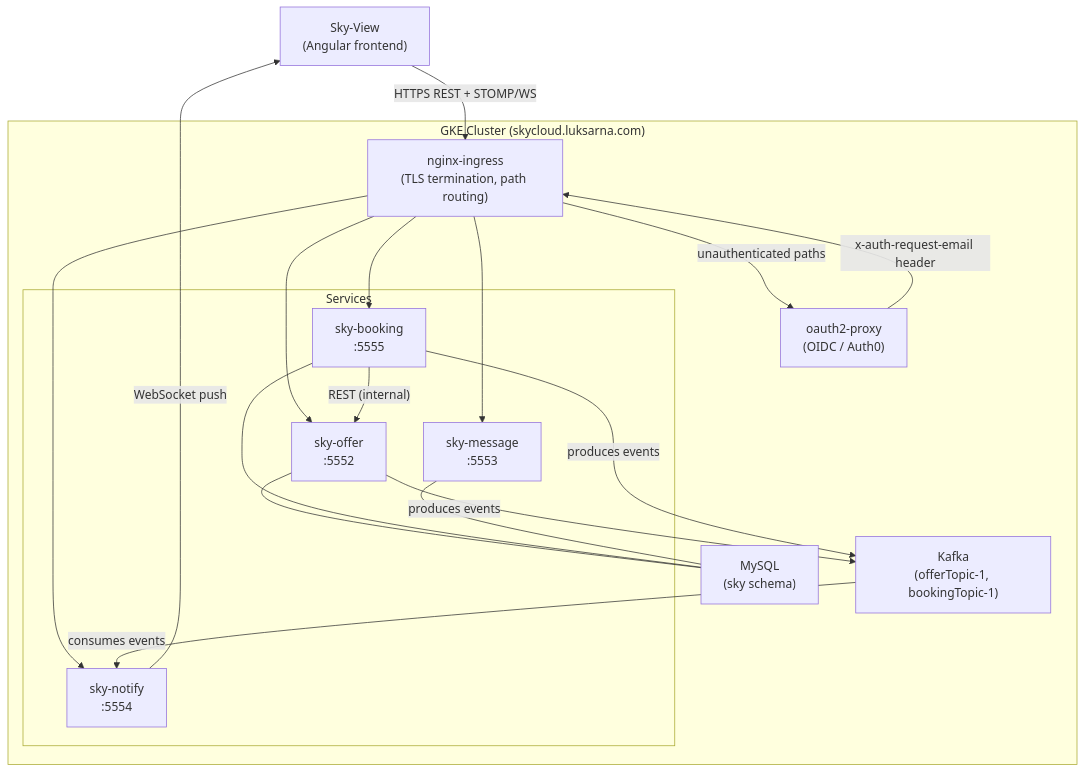
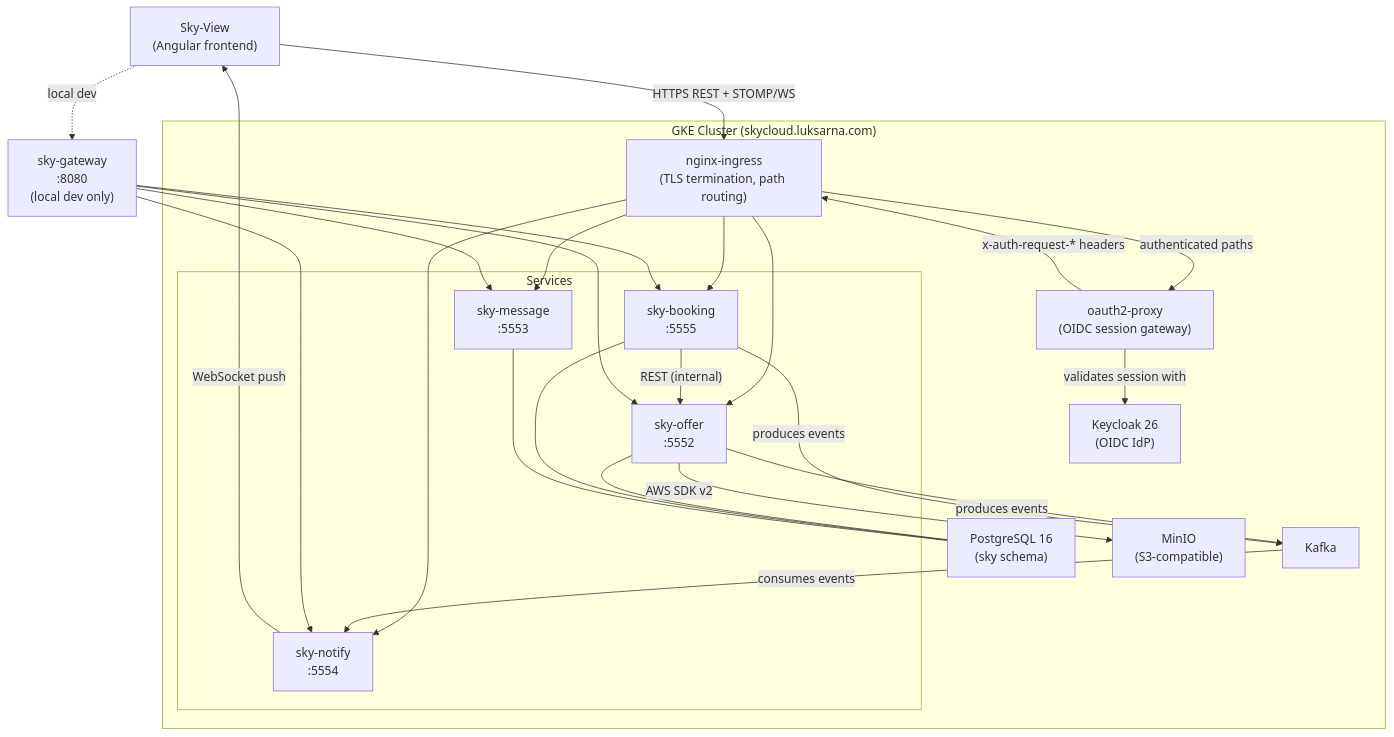
The first of 2 diagrams in README.md (Lukk17/sky), drawn with Mermaid before and after one commit. The commit also changed other lines of this file, not shown here.

````diff
--- a/README.md
+++ b/README.md
@@ -45,40 +72,52 @@
 ```mermaid
 graph TB
     accTitle: Sky system architecture
-    accDescr: Shows the frontend, oauth2-proxy gateway, four backend services, Kafka, MySQL, and WebSocket connection
+    accDescr: Shows the Angular frontend, nginx ingress, oauth2-proxy, five backend services, Kafka, PostgreSQL, and MinIO
 
     FE["Sky-View\n(Angular frontend)"]
 
     subgraph GKE["GKE Cluster (skycloud.luksarna.com)"]
-        GW["oauth2-proxy\n(OIDC / Auth0)"]
+        KC["Keycloak 26\n(OIDC IdP)"]
+        GW["oauth2-proxy\n(OIDC session gateway)"]
         NGINX["nginx-ingress\n(TLS termination, path routing)"]
 
         subgraph Services["Services"]
             OFFER["sky-offer\n:5552"]
             BOOKING["sky-booking\n:5555"]
             MESSAGE["sky-message\n:5553"]
             NOTIFY["sky-notify\n:5554"]
         end
 
-        KAFKA["Kafka\n(offerTopic-1, bookingTopic-1)"]
-        MYSQL["MySQL\n(sky schema)"]
+        KAFKA["Kafka"]
+        PG["PostgreSQL 16\n(sky schema)"]
+        MINIO["MinIO\n(S3-compatible)"]
     end
 
+    LOCAL["sky-gateway\n:8080\n(local dev only)"]
+
     FE -- "HTTPS REST + STOMP/WS" --> NGINX
-    NGINX -- "unauthenticated paths" --> GW
-    GW -- "x-auth-request-email header" --> NGINX
+    NGINX -- "authenticated paths" --> GW
+    GW -- "validates session with" --> KC
+    GW -- "x-auth-request-* headers" --> NGINX
     NGINX --> OFFER
     NGINX --> BOOKING
     NGINX --> MESSAGE
     NGINX --> NOTIFY
 
     OFFER -- "produces events" --> KAFKA
     BOOKING -- "produces events" --> KAFKA
     KAFKA -- "consumes events" --> NOTIFY
     NOTIFY -- "WebSocket push" --> FE
 
-    OFFER --- MYSQL
-    BOOKING --- MYSQL
-    MESSAGE --- MYSQL
+    OFFER --- PG
+    BOOKING --- PG
+    MESSAGE --- PG
     BOOKING -- "REST (internal)" --> OFFER
+    OFFER -- "AWS SDK v2" --> MINIO
+
+    FE -. "local dev" .-> LOCAL
+    LOCAL --> OFFER
+    LOCAL --> BOOKING
+    LOCAL --> MESSAGE
+    LOCAL --> NOTIFY
 ```
````
